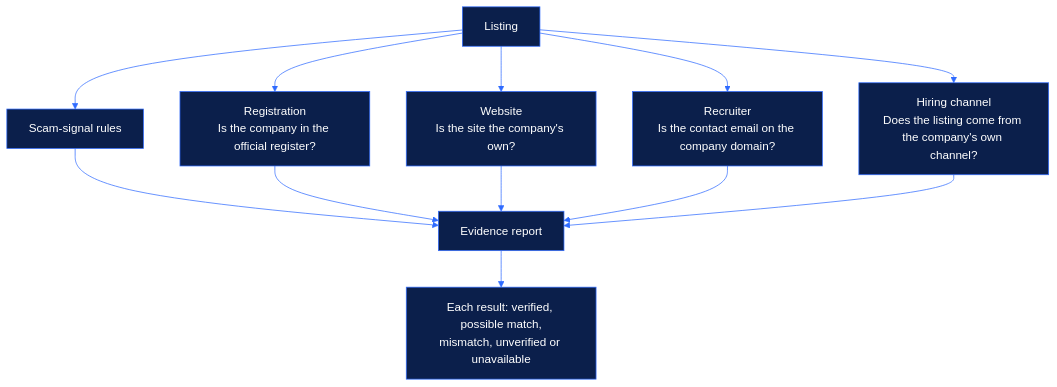
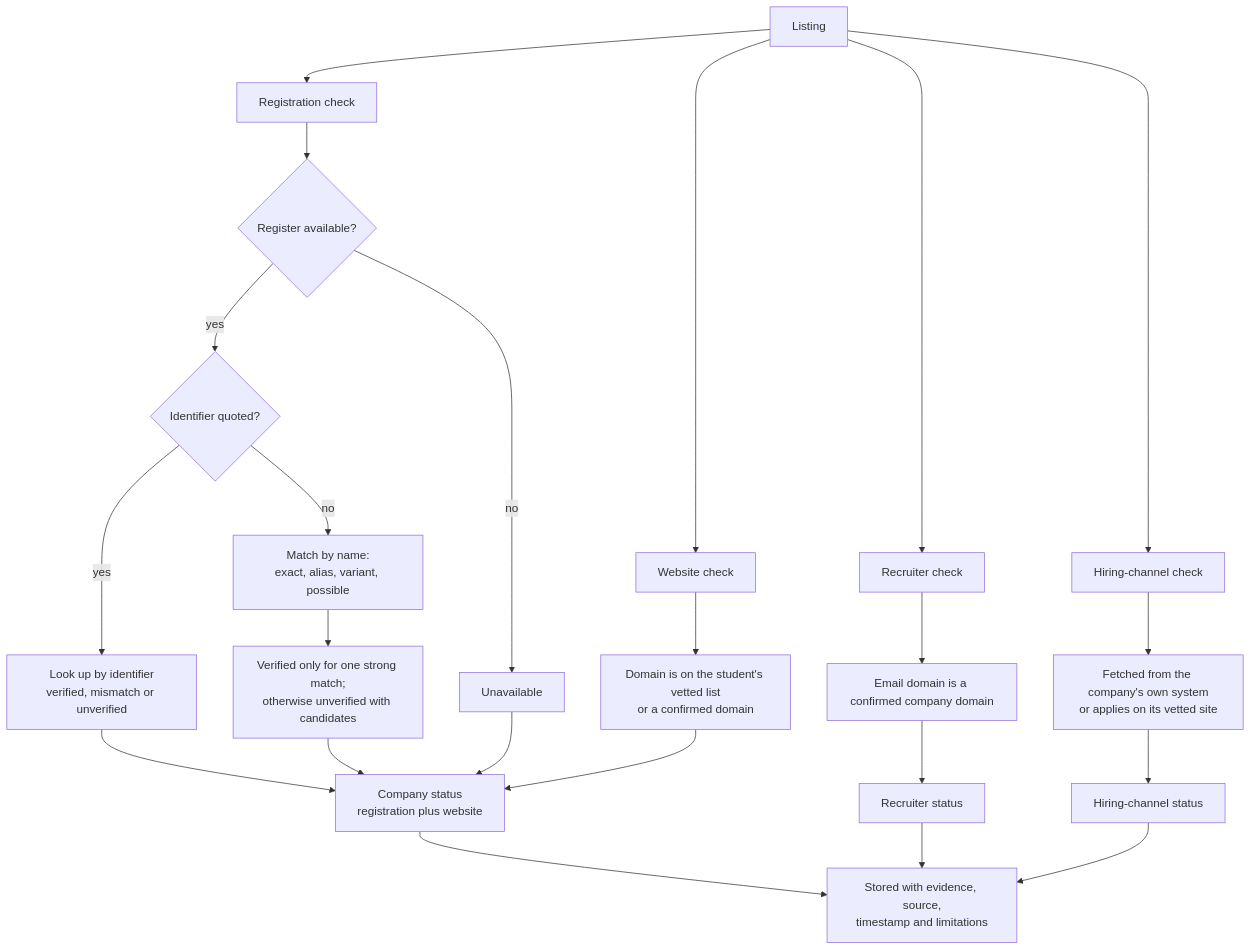
One commit to DhruvMalviya0/trusora-showcase changed the third of 4 diagrams in architecture/README.md. Above: the diagram before and after it, drawn with Mermaid. The commit also changed other lines of this file and 20 other files, not shown here.

First line of the commit message:
Add technical documentation, diagrams and genuine product screenshots

````diff
--- a/architecture/README.md
+++ b/architecture/README.md
@@ -9,15 +100,20 @@
 ```mermaid
-%%{init: {'theme':'base','themeVariables':{'primaryColor':'#0B1F4B','primaryTextColor':'#FFFFFF','primaryBorderColor':'#2F6BFF','lineColor':'#2F6BFF'}}}%%
 flowchart TD
-    L[Listing] --> R[Scam-signal rules]
-    L --> C1[Registration<br/>Is the company in the official register?]
-    L --> C2[Website<br/>Is the site the company's own?]
-    L --> C3[Recruiter<br/>Is the contact email on the company domain?]
-    L --> C4[Hiring channel<br/>Does the listing come from the company's own channel?]
-    R --> OUT[Evidence report]
-    C1 --> OUT
-    C2 --> OUT
-    C3 --> OUT
-    C4 --> OUT
-    OUT --> S[Each result: verified, possible match,<br/>mismatch, unverified or unavailable]
+    L[Listing] --> REG[Registration check]
+    L --> WEB[Website check]
+    L --> REC[Recruiter check]
+    L --> HIR[Hiring-channel check]
+    REG --> R1{Register available?}
+    R1 -- no --> RU[Unavailable]
+    R1 -- yes --> R2{Identifier quoted?}
+    R2 -- yes --> R3[Look up by identifier<br/>verified, mismatch or unverified]
+    R2 -- no --> R4[Match by name:<br/>exact, alias, variant, possible]
+    R4 --> R5[Verified only for one strong match;<br/>otherwise unverified with candidates]
+    WEB --> W1[Domain is on the student's vetted list<br/>or a confirmed domain]
+    REC --> C1[Email domain is a confirmed company domain]
+    HIR --> H1[Fetched from the company's own system<br/>or applies on its vetted site]
+    R3 & R5 & RU & W1 --> CO[Company status<br/>registration plus website]
+    C1 --> RS[Recruiter status]
+    H1 --> HS[Hiring-channel status]
+    CO & RS & HS --> OUT[Stored with evidence, source,<br/>timestamp and limitations]
 ```
````
